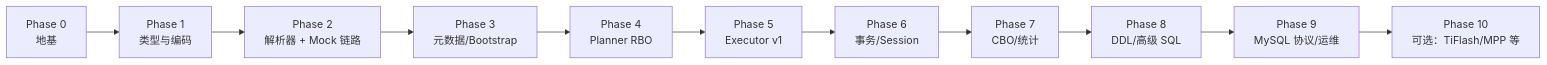
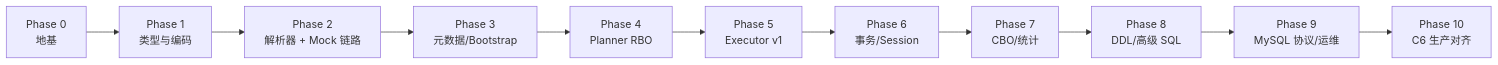
Before and after one commit to sealdb/sealdb: the diagram in project/roadmap.md, drawn with Mermaid. The commit also changed other lines of this file and 8 other files, not shown here.

````diff
--- a/project/roadmap.md
+++ b/project/roadmap.md
@@ -25,13 +25,13 @@
 ```mermaid
 flowchart LR
   P0[Phase 0<br/>地基] --> P1[Phase 1<br/>类型与编码]
   P1 --> P2[Phase 2<br/>解析器 + Mock 链路]
   P2 --> P3[Phase 3<br/>元数据/Bootstrap]
   P3 --> P4[Phase 4<br/>Planner RBO]
   P4 --> P5[Phase 5<br/>Executor v1]
   P5 --> P6[Phase 6<br/>事务/Session]
   P6 --> P7[Phase 7<br/>CBO/统计]
   P7 --> P8[Phase 8<br/>DDL/高级 SQL]
   P8 --> P9[Phase 9<br/>MySQL 协议/运维]
-  P9 --> P10[Phase 10<br/>可选：TiFlash/MPP 等]
+  P9 --> P10[Phase 10<br/>C6 生产对齐]
 ```
````
